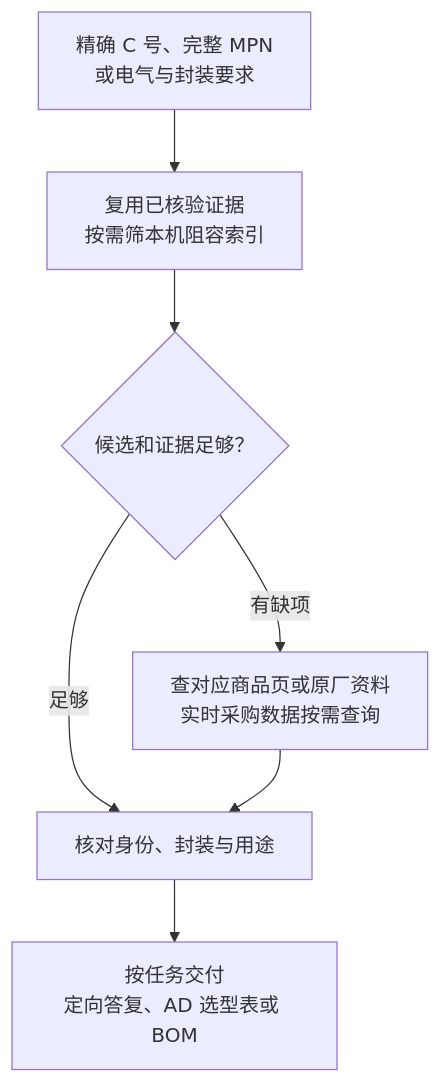
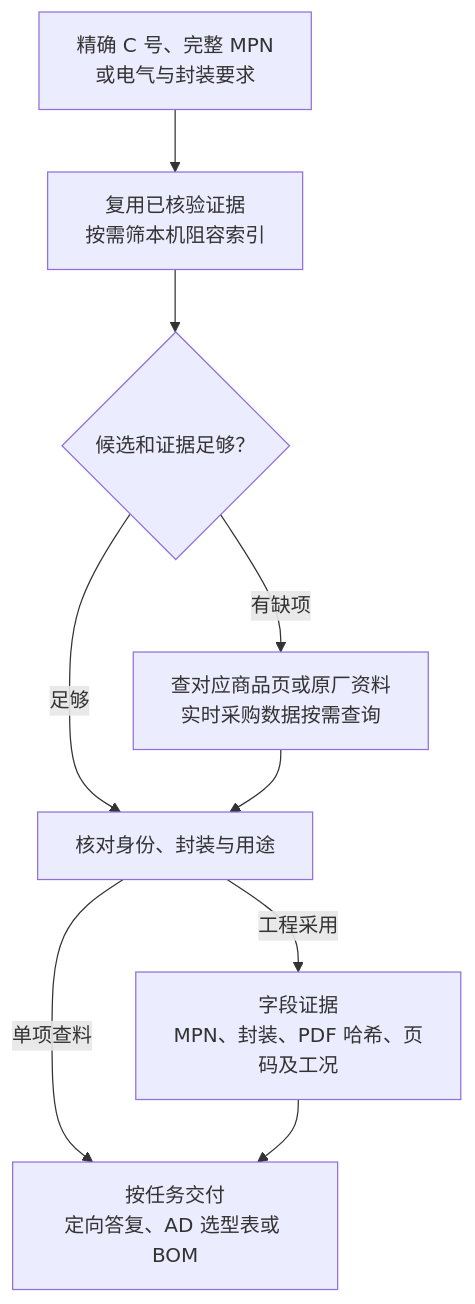
One commit to zhr1008/hardware-design-skills changed the fourth of 9 diagrams in docs/architecture-guide.md. Above: the diagram before and after it, drawn with Mermaid. The commit also changed other lines of this file and 109 other files, not shown here.

````diff
--- a/docs/architecture-guide.md
+++ b/docs/architecture-guide.md
@@ -57,9 +60,11 @@
 ```mermaid
 flowchart TD
   A["精确 C 号、完整 MPN<br/>或电气与封装要求"] --> B["复用已核验证据<br/>按需筛本机阻容索引"]
   B --> C{"候选和证据足够？"}
   C -->|"有缺项"| D["查对应商品页或原厂资料<br/>实时采购数据按需查询"]
   C -->|"足够"| E["核对身份、封装与用途"]
   D --> E
-  E --> F["按任务交付<br/>定向答复、AD 选型表或 BOM"]
+  E -->|"单项查料"| F
+  E -->|"工程采用"| G["字段证据<br/>MPN、封装、PDF 哈希、页码及工况"]
+  G --> F["按任务交付<br/>定向答复、AD 选型表或 BOM"]
 ```
````
